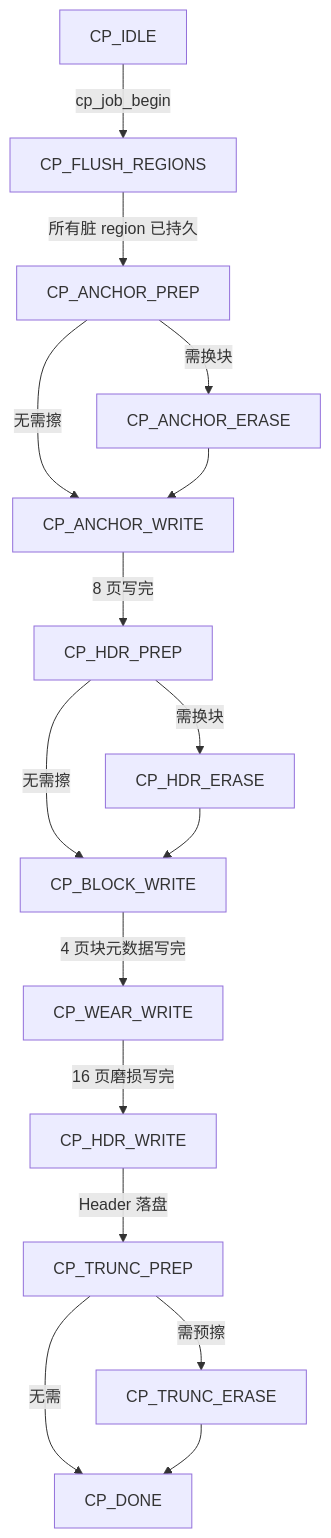
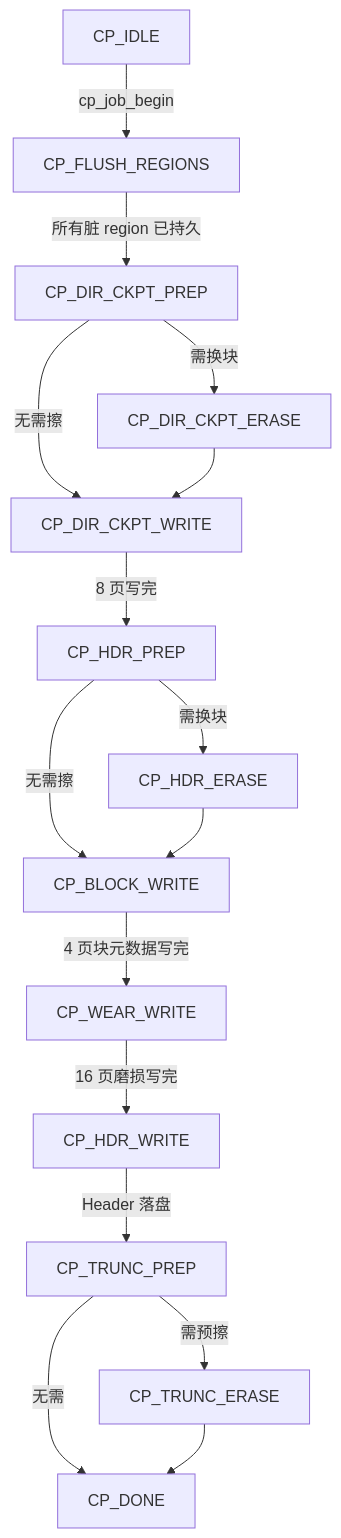
One commit to YzYMIAO/BASESSD changed diagram 16 of 34 in docs/design/ftl_design.md. Above: the diagram before and after it, drawn with Mermaid. The commit also changed other lines of this file and 45 other files, not shown here.

````diff
--- a/docs/design/ftl_design.md
+++ b/docs/design/ftl_design.md
@@ -2669,31 +2671,31 @@
 ```mermaid
 flowchart TD
     IDLE["CP_IDLE"]
     FLUSH["CP_FLUSH_REGIONS"]
-    APREP["CP_ANCHOR_PREP"]
-    AERASE["CP_ANCHOR_ERASE"]
-    AWRITE["CP_ANCHOR_WRITE"]
+    APREP["CP_DIR_CKPT_PREP"]
+    AERASE["CP_DIR_CKPT_ERASE"]
+    AWRITE["CP_DIR_CKPT_WRITE"]
     HPREP["CP_HDR_PREP"]
     HERASE["CP_HDR_ERASE"]
     BWRITE["CP_BLOCK_WRITE"]
     WWRITE["CP_WEAR_WRITE"]
     HWRITE["CP_HDR_WRITE"]
     TPREP["CP_TRUNC_PREP"]
     TERASE["CP_TRUNC_ERASE"]
     DONE["CP_DONE"]
     IDLE -- "cp_job_begin" --> FLUSH
     FLUSH -- "所有脏 region 已持久" --> APREP
     APREP -- "需换块" --> AERASE
     APREP -- "无需擦" --> AWRITE
     AERASE --> AWRITE
     AWRITE -- "8 页写完" --> HPREP
     HPREP -- "需换块" --> HERASE
     HPREP -- "无需擦" --> BWRITE
     HERASE --> BWRITE
     BWRITE -- "4 页块元数据写完" --> WWRITE
     WWRITE -- "16 页磨损写完" --> HWRITE
     HWRITE -- "Header 落盘" --> TPREP
     TPREP -- "需预擦" --> TERASE
     TPREP -- "无需" --> DONE
     TERASE --> DONE
 ```
````
